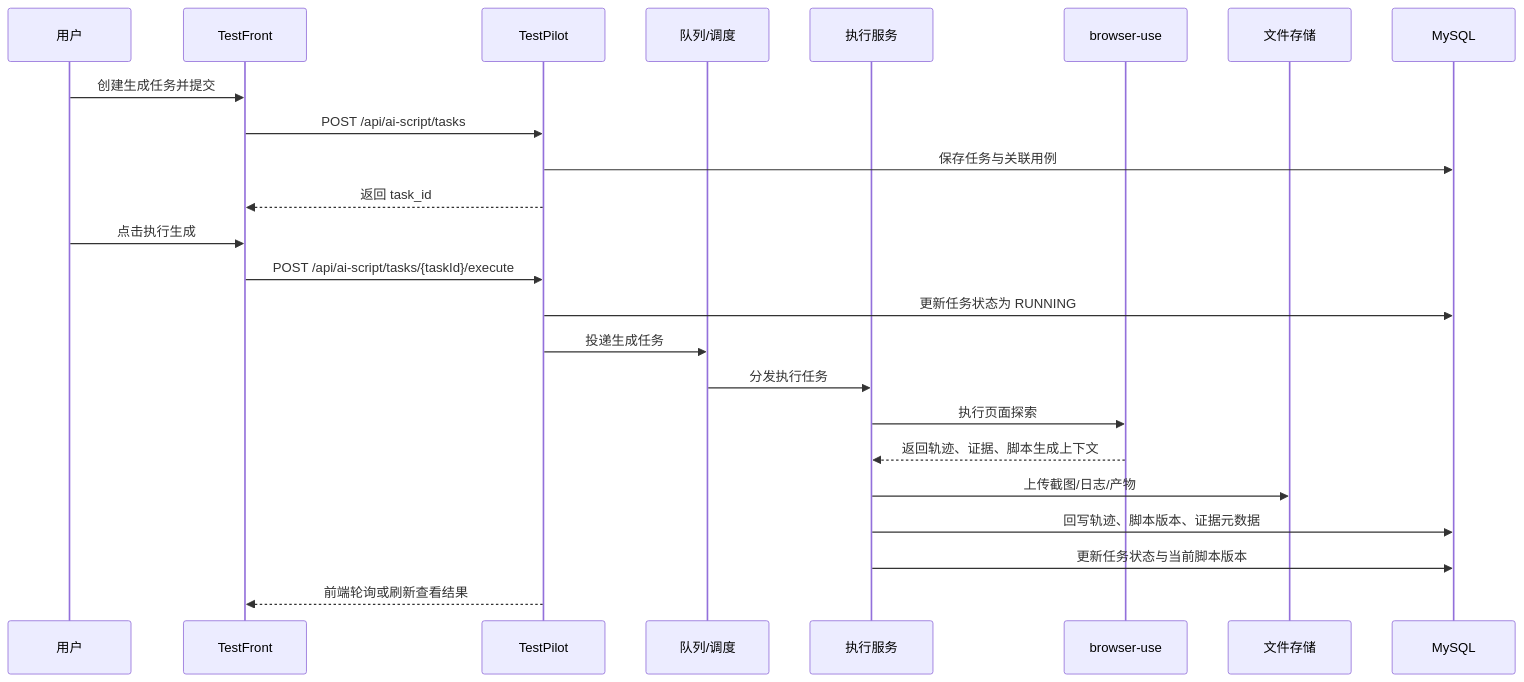
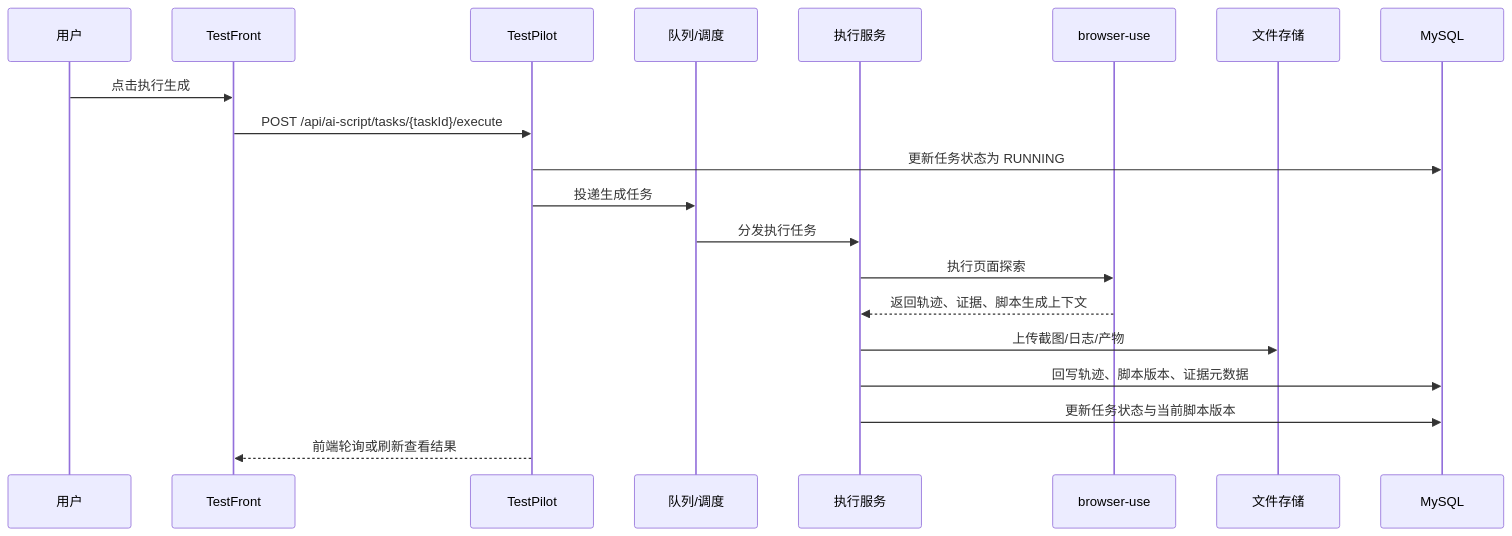
The third of 4 diagrams in docs/测试管理平台-测试智编模块技术架构与集成方案-20260328.md (zuozuo0320/TestPilot), drawn with Mermaid before and after one commit. The commit also changed other lines of this file and 27 other files, not shown here.

````diff
--- a/docs/测试管理平台-测试智编模块技术架构与集成方案-20260328.md
+++ b/docs/测试管理平台-测试智编模块技术架构与集成方案-20260328.md
@@ -178,28 +223,23 @@
 ```mermaid
 sequenceDiagram
     participant U as 用户
     participant FE as TestFront
     participant BE as TestPilot
     participant Q as 队列/调度
     participant EX as 执行服务
     participant BU as browser-use
     participant FS as 文件存储
     participant DB as MySQL
-
-    U->>FE: 创建生成任务并提交
-    FE->>BE: POST /api/ai-script/tasks
-    BE->>DB: 保存任务与关联用例
-    BE-->>FE: 返回 task_id
 
     U->>FE: 点击执行生成
     FE->>BE: POST /api/ai-script/tasks/{taskId}/execute
     BE->>DB: 更新任务状态为 RUNNING
     BE->>Q: 投递生成任务
     Q->>EX: 分发执行任务
     EX->>BU: 执行页面探索
     BU-->>EX: 返回轨迹、证据、脚本生成上下文
     EX->>FS: 上传截图/日志/产物
     EX->>DB: 回写轨迹、脚本版本、证据元数据
     EX->>DB: 更新任务状态与当前脚本版本
     BE-->>FE: 前端轮询或刷新查看结果
 ```
````
